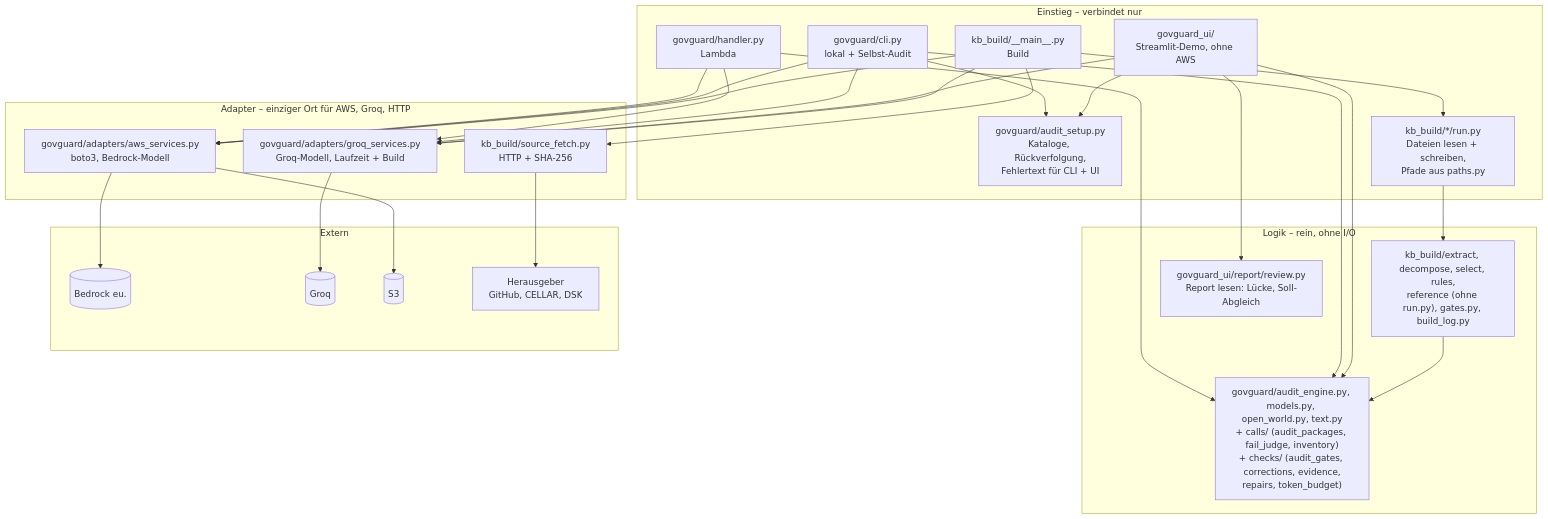
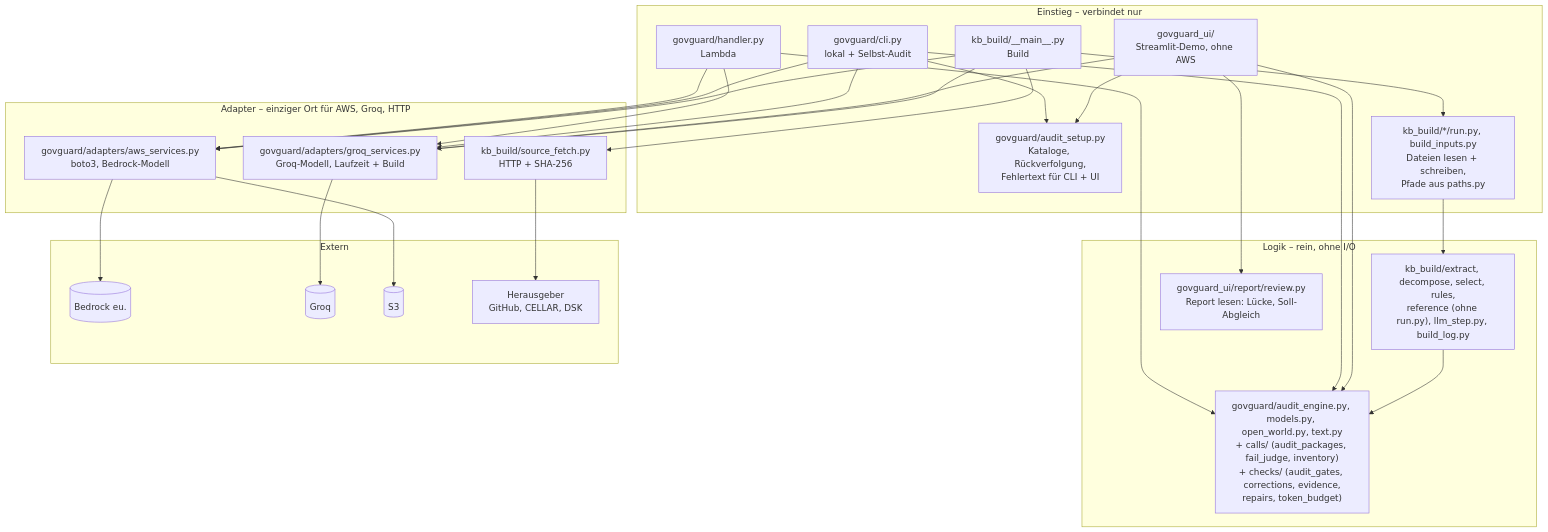
Before and after one commit to Daniel74/GovGuard: the fourth of 4 diagrams in docs/ARCHITECTURE.md, drawn with Mermaid. The commit also changed other lines of this file and 27 other files, not shown here.

Commit message:
#57 kb_build: LLM-Schritt, Gates beim Schritt, geteilte Eingaben

````diff
--- a/docs/ARCHITECTURE.md
+++ b/docs/ARCHITECTURE.md
@@ -252,38 +252,38 @@
 ```mermaid
 flowchart TB
   subgraph E["Einstieg – verbindet nur"]
     H["govguard/handler.py<br/>Lambda"]
     C["govguard/cli.py<br/>lokal + Selbst-Audit"]
     U["govguard_ui/<br/>Streamlit-Demo, ohne AWS"]
     S["govguard/audit_setup.py<br/>Kataloge, Rückverfolgung,<br/>Fehlertext für CLI + UI"]
     M["kb_build/__main__.py<br/>Build"]
-    R["kb_build/*/run.py<br/>Dateien lesen + schreiben,<br/>Pfade aus paths.py"]
+    R["kb_build/*/run.py, build_inputs.py<br/>Dateien lesen + schreiben,<br/>Pfade aus paths.py"]
   end
   subgraph L["Logik – rein, ohne I/O"]
     AE["govguard/audit_engine.py, models.py, open_world.py, text.py<br/>+ calls/ (audit_packages, fail_judge, inventory)<br/>+ checks/ (audit_gates, corrections, evidence,<br/>repairs, token_budget)"]
-    KB["kb_build/extract, decompose, select, rules,<br/>reference (ohne run.py), gates.py, build_log.py"]
+    KB["kb_build/extract, decompose, select, rules,<br/>reference (ohne run.py), llm_step.py, build_log.py"]
     RV["govguard_ui/report/review.py<br/>Report lesen: Lücke, Soll-Abgleich"]
   end
   subgraph A["Adapter – einziger Ort für AWS, Groq, HTTP"]
     AWS["govguard/adapters/aws_services.py<br/>boto3, Bedrock-Modell"]
     GQ["govguard/adapters/groq_services.py<br/>Groq-Modell, Laufzeit + Build"]
     FE["kb_build/source_fetch.py<br/>HTTP + SHA-256"]
   end
   subgraph X["Extern"]
     B[("Bedrock eu.")]
     G[("Groq")]
     S3[("S3")]
     HG["Herausgeber<br/>GitHub, CELLAR, DSK"]
   end
   H & C & U --> AE
   H & C --> AWS
   H & C & U --> GQ
   C & U --> S
   U --> RV
   M --> R --> KB
   M --> AWS & GQ & FE
   KB --> AE
   AWS --> B & S3
   GQ --> G
   FE --> HG
 ```
````
